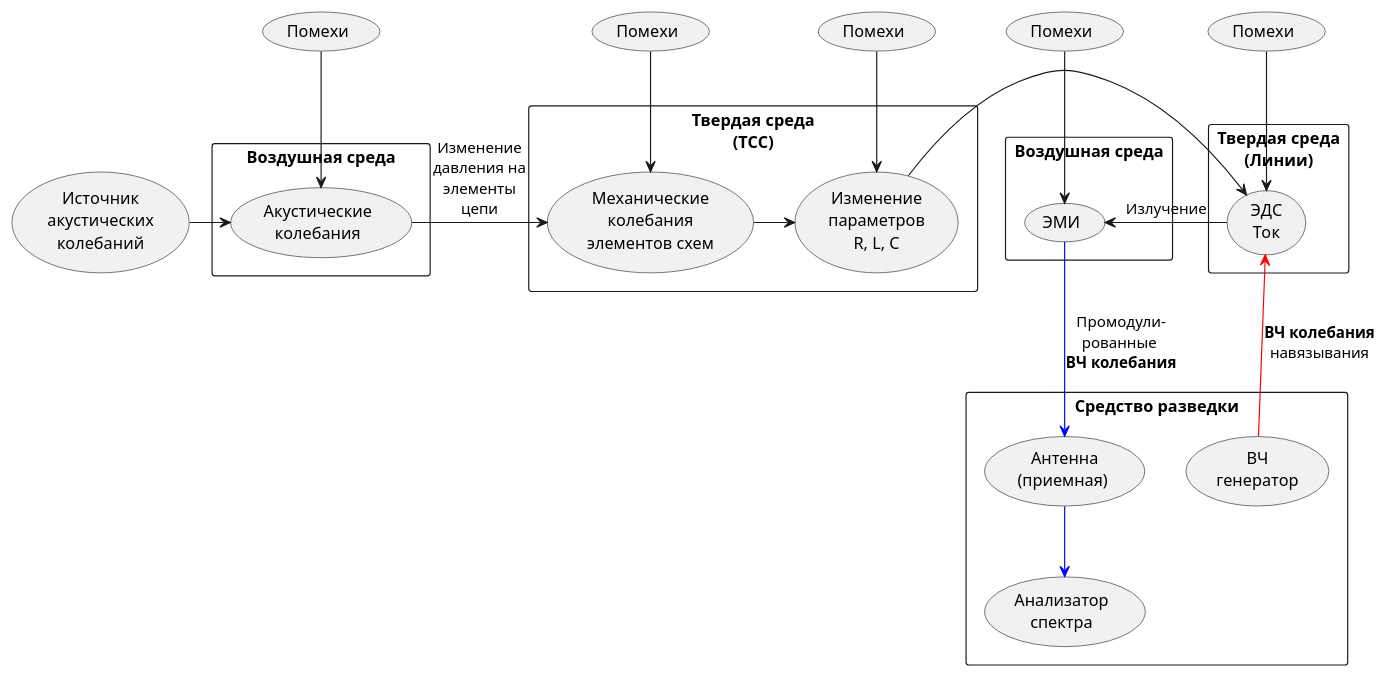
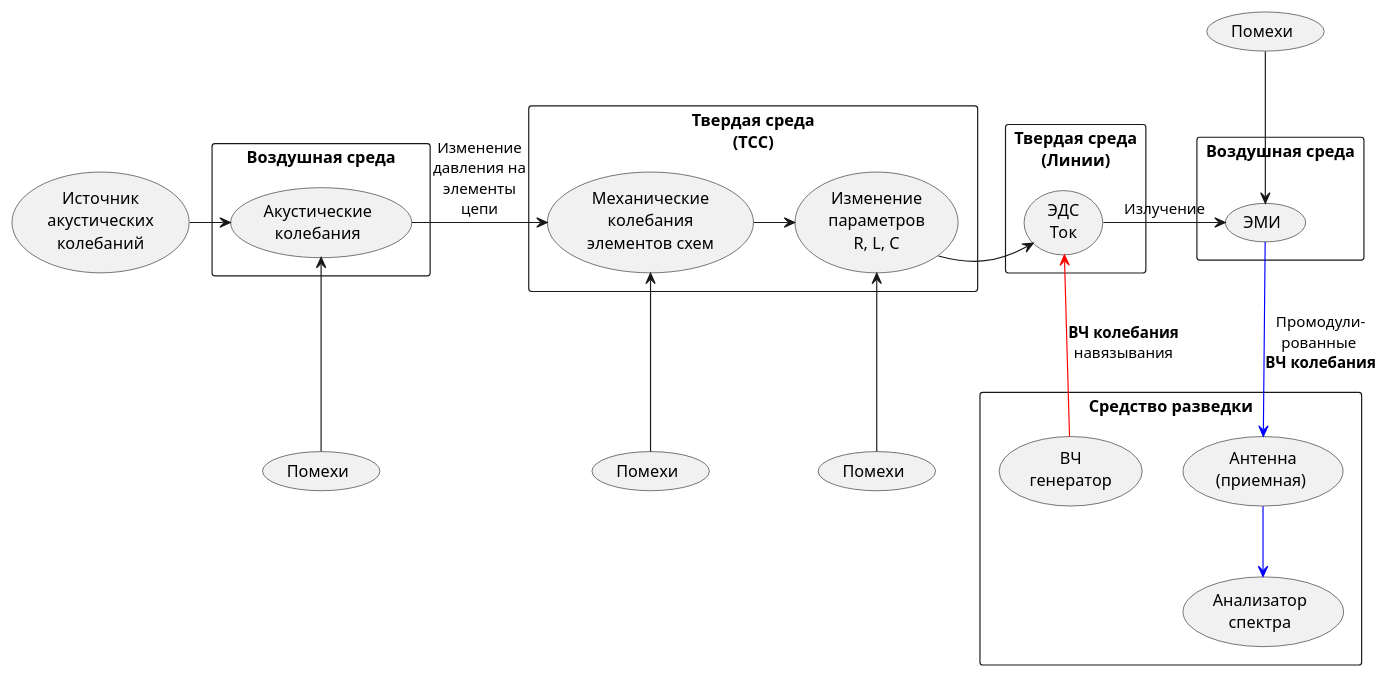
One commit to almkuznetsov/bmstu-kb changed the diagram in Заметки/ВЧП по линии.md. Above: the diagram before and after it, drawn with PlantUML. The commit also changed other lines of this file and 3 other files, not shown here.

````diff
--- a/Заметки/ВЧП по линии.md
+++ b/Заметки/ВЧП по линии.md
@@ -2,39 +2,39 @@
 ```plantuml
+@startuml
 usecase "Источник\nакустических\nколебаний" as Istochnik
 rectangle "Воздушная среда" {
 usecase "Акустические\nколебания" as AkustKoleb
 Istochnik -right-> AkustKoleb
 }
 rectangle "Твердая среда\n(ТСС)" {
 	usecase "Механические\nколебания\nэлементов схем" as MechKoleb
 	usecase "Изменение\nпараметров\nR, L, C" as IzmenParam
 	AkustKoleb -right-> MechKoleb : Изменение\nдавления на\nэлементы\nцепи
 	MechKoleb -right-> IzmenParam
 }
 rectangle "Твердая среда\n(Линии)" {
 	usecase "ЭДС\nТок" as EDS
-	IzmenParam -right-> EDS
 }
+IzmenParam -right-> EDS
 rectangle "Воздушная среда\n" {
 	usecase "ЭМИ" as Emi
-	EDS -> Emi : Излучение
+	EDS -right-> Emi : Излучение
 }
 rectangle "Средство разведки" {
 	usecase "Анализатор\nспектра" as AS
 	usecase "ВЧ\nгенератор" as Generator
 	usecase "Антенна\n(приемная) " as AntennaPriem
 	EDS <-[#red]up- Generator : **ВЧ колебания**\nнавязывания
 	AS <-[#blue]up- AntennaPriem
 	Emi -[#blue]-> AntennaPriem : Промодули-\nрованные \n**ВЧ колебания**
 }
 usecase "Помехи" as Pomehi1
-Pomehi1 -down-> MechKoleb
+Pomehi1 -up-> MechKoleb
 usecase "Помехи" as Pomehi2
-Pomehi2 -down-> AkustKoleb
+Pomehi2 -up-> AkustKoleb
 usecase "Помехи" as Pomehi3
-Pomehi3 -down-> IzmenParam
+Pomehi3 -up-> IzmenParam
 usecase "Помехи" as Pomehi4
 Pomehi4 -down-> Emi
-usecase "Помехи" as Pomehi5
-Pomehi5 -down-> EDS
+@enduml
 ```
````
